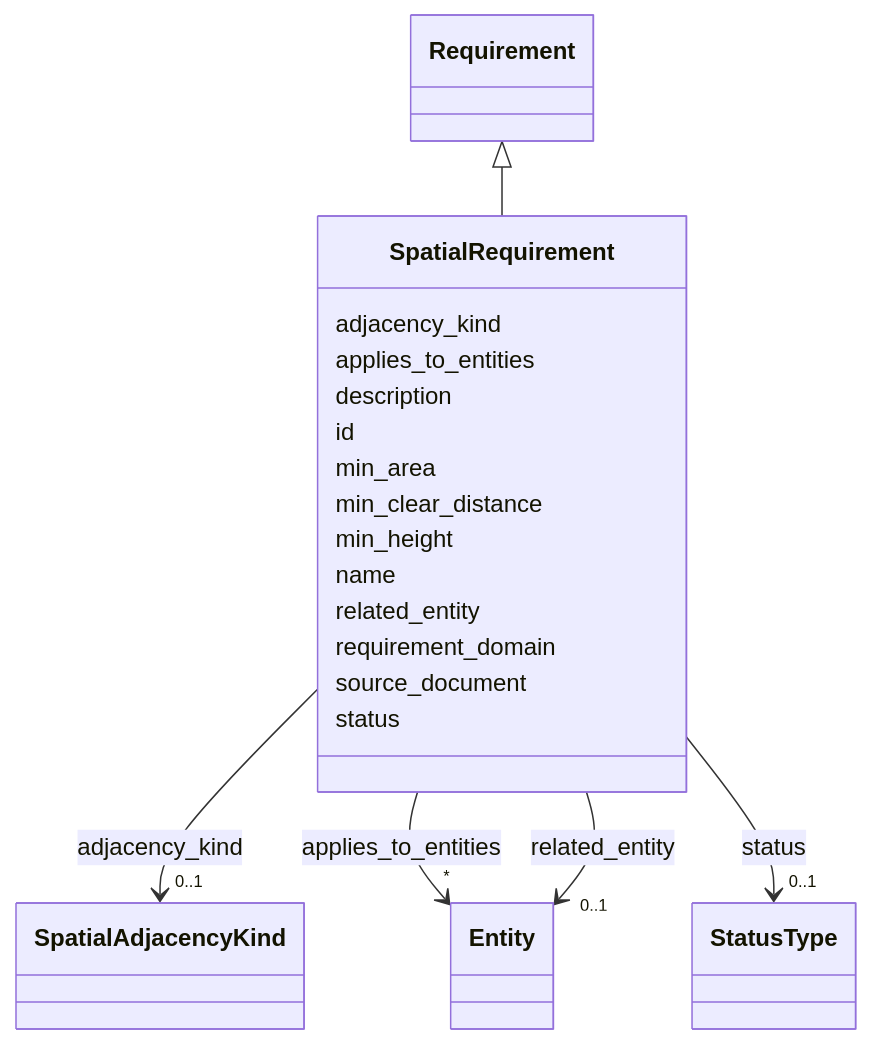
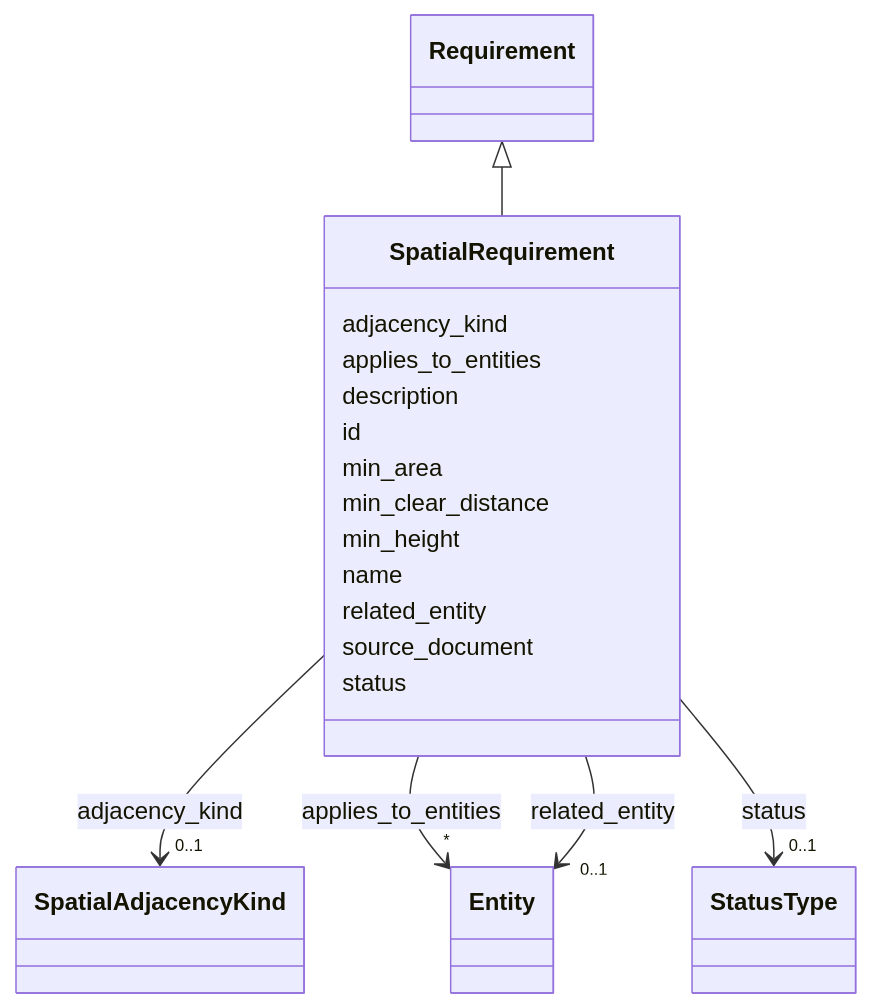
Before and after one commit to simondilhas/pragmatic-bim-schema: the diagram in site/schema/.md-src/SpatialRequirement.md, drawn with Mermaid. The commit also changed other lines of this file and 443 other files, not shown here.

````diff
--- a/site/schema/.md-src/SpatialRequirement.md
+++ b/site/schema/.md-src/SpatialRequirement.md
@@ -23,27 +23,26 @@
 ```mermaid
  classDiagram
     class SpatialRequirement
     click SpatialRequirement href "./SpatialRequirement.html"
       Requirement <|-- SpatialRequirement
         click Requirement href "./Requirement.html"
       SpatialRequirement : adjacency_kind
         SpatialRequirement --> "0..1" SpatialAdjacencyKind : adjacency_kind
         click SpatialAdjacencyKind href "./SpatialAdjacencyKind.html"
       SpatialRequirement : applies_to_entities
         SpatialRequirement --> "*" Entity : applies_to_entities
         click Entity href "./Entity.html"
       SpatialRequirement : description
       SpatialRequirement : id
       SpatialRequirement : min_area
       SpatialRequirement : min_clear_distance
       SpatialRequirement : min_height
       SpatialRequirement : name
       SpatialRequirement : related_entity
         SpatialRequirement --> "0..1" Entity : related_entity
         click Entity href "./Entity.html"
-      SpatialRequirement : requirement_domain
       SpatialRequirement : source_document
       SpatialRequirement : status
         SpatialRequirement --> "0..1" StatusType : status
         click StatusType href "./StatusType.html"
 ```
````
